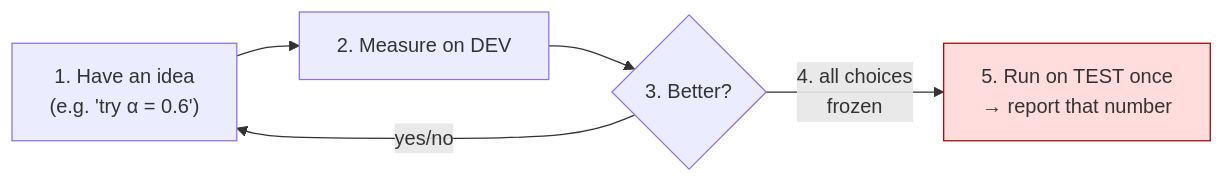
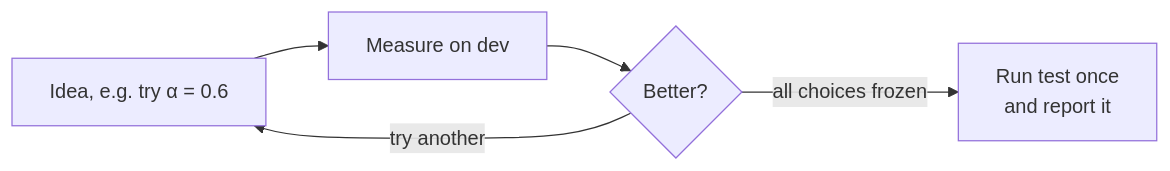
The fifth of 7 diagrams in docs/from_zero/01_the_problem_and_the_data.md (node31/fiqa-agentic-retrieval), drawn with Mermaid before and after one commit. The commit also changed other lines of this file and 9 other files, not shown here.

````diff
--- a/docs/from_zero/01_the_problem_and_the_data.md
+++ b/docs/from_zero/01_the_problem_and_the_data.md
@@ -192,8 +134,7 @@
 ```mermaid
 flowchart LR
-    I["1. Have an idea<br/>(e.g. 'try α = 0.6')"] --> D["2. Measure on DEV"]
-    D --> B{"3. Better?"}
-    B -- yes/no --> I
-    B -- "4. all choices<br/>frozen" --> T["5. Run on TEST once<br/>→ report that number"]
-    style T fill:#fdd,stroke:#a00
+    I["Idea, e.g. try α = 0.6"] --> D["Measure on dev"]
+    D --> B{"Better?"}
+    B -- "try another" --> I
+    B -- "all choices frozen" --> T["Run test once<br/>and report it"]
 ```
````
